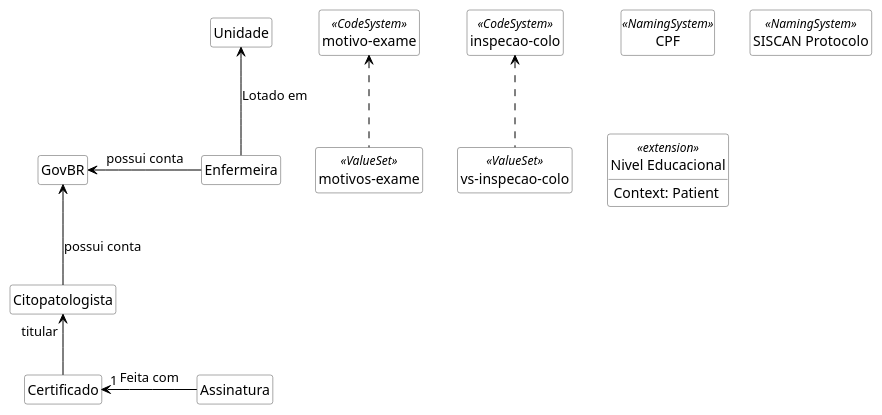
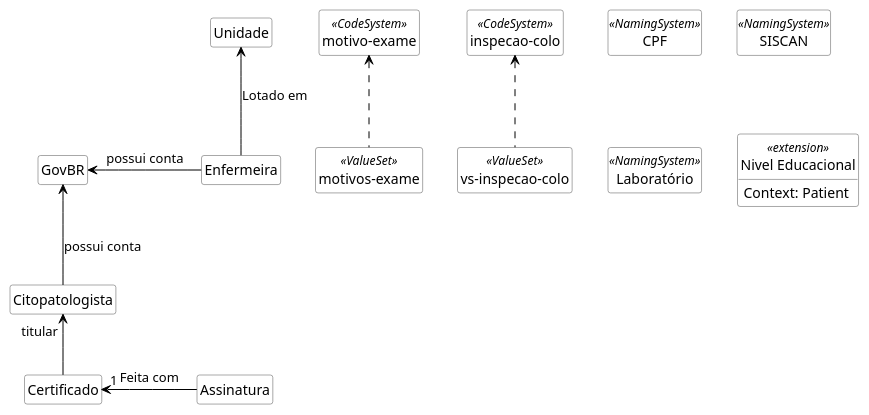
The diagram in input/images-source/fhir.plantuml (kyriosdata/farol), drawn with PlantUML before and after one commit.

```diff
--- a/input/images-source/fhir.plantuml
+++ b/input/images-source/fhir.plantuml
@@ -1,36 +1,37 @@
 @startuml fhir
 
 hide circle
 hide methods
 hide empty members
 
 skinparam class {
     BackgroundColor White
     ArrowColor Black
     BorderColor #505050
 }
 
 class "inspecao-colo" as InspecaoColo <<CodeSystem>> {}
 class "motivo-exame" as MotivoExame <<CodeSystem>> {}
 class "vs-inspecao-colo" as VsInspecaoColo <<ValueSet>> {}
 class "motivos-exame" as MotivosExame <<ValueSet>> {}
 
 VsInspecaoColo .up.> InspecaoColo
 MotivosExame .up.> MotivoExame
 
 class CPF <<NamingSystem>> {}
-class "SISCAN Protocolo" as SiscanProtocolo <<NamingSystem>> {}
+class "SISCAN" as SiscanProtocolo <<NamingSystem>> {}
+class "Laboratório" as Laboratorio <<NamingSystem>> {}
 
 class "Nivel Educacional" as NivelEducacional <<extension>> {
     Context: Patient
 }
 
 
 Enfermeira -up-> Unidade: Lotado em
 Enfermeira -left-> GovBR : possui conta
 
 Citopatologista "titular" <-down- Certificado
 GovBR <-- Citopatologista: possui conta
 Assinatura -left-> "1" Certificado : Feita com
 
 @enduml
```
